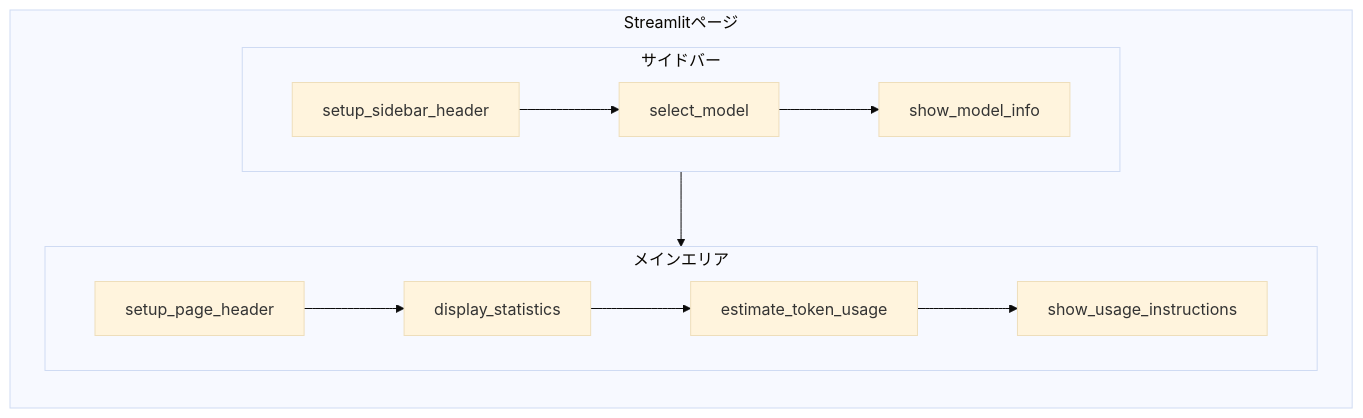
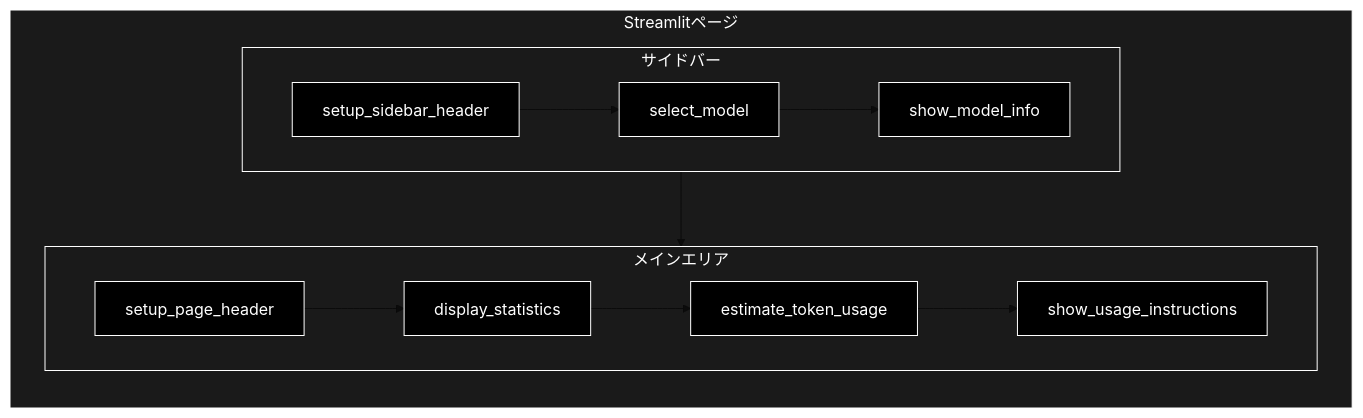
Before and after one commit to nakashima2toshio/ollama_grace_agent_v2: the fourth of 4 diagrams in ui/doc/rag_components.md, drawn with Mermaid (base theme). The commit also changed other lines of this file and 10 other files, not shown here.

````diff
--- a/ui/doc/rag_components.md
+++ b/ui/doc/rag_components.md
@@ -665,20 +687,26 @@
 ```mermaid
 flowchart LR
     subgraph PAGE["Streamlitページ"]
         subgraph SIDEBAR["サイドバー"]
             SSH[setup_sidebar_header]
             SM[select_model]
             SMI[show_model_info]
         end
         subgraph MAIN["メインエリア"]
             SPH[setup_page_header]
             DS[display_statistics]
             ETU[estimate_token_usage]
             SUI[show_usage_instructions]
         end
     end
 
     SIDEBAR --> MAIN
     SSH --> SM --> SMI
     SPH --> DS --> ETU --> SUI
+classDef default fill:#000,stroke:#fff,color:#fff
+classDef subgraphStyle fill:#1a1a1a,stroke:#fff,color:#fff
+class SSH,SM,SMI,SPH,DS,ETU,SUI default
+style PAGE fill:#1a1a1a,stroke:#fff,color:#fff
+style SIDEBAR fill:#1a1a1a,stroke:#fff,color:#fff
+style MAIN fill:#1a1a1a,stroke:#fff,color:#fff
 ```
````
